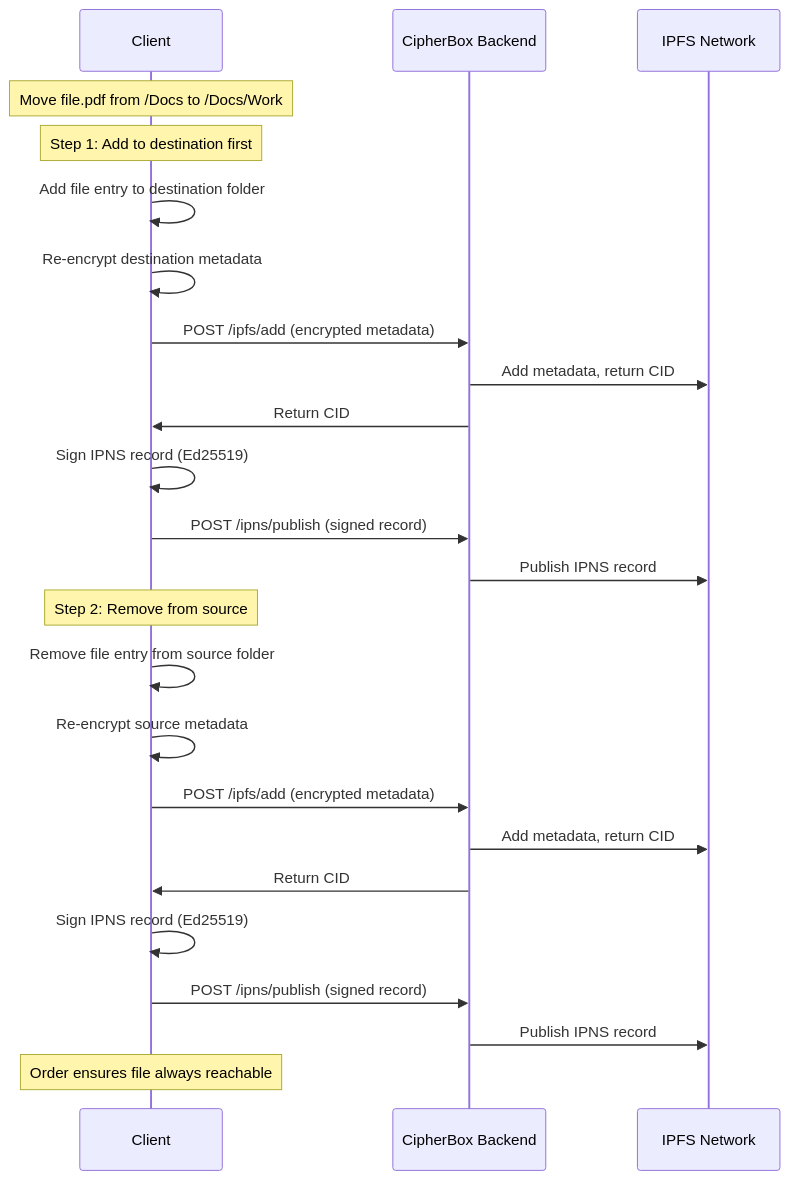
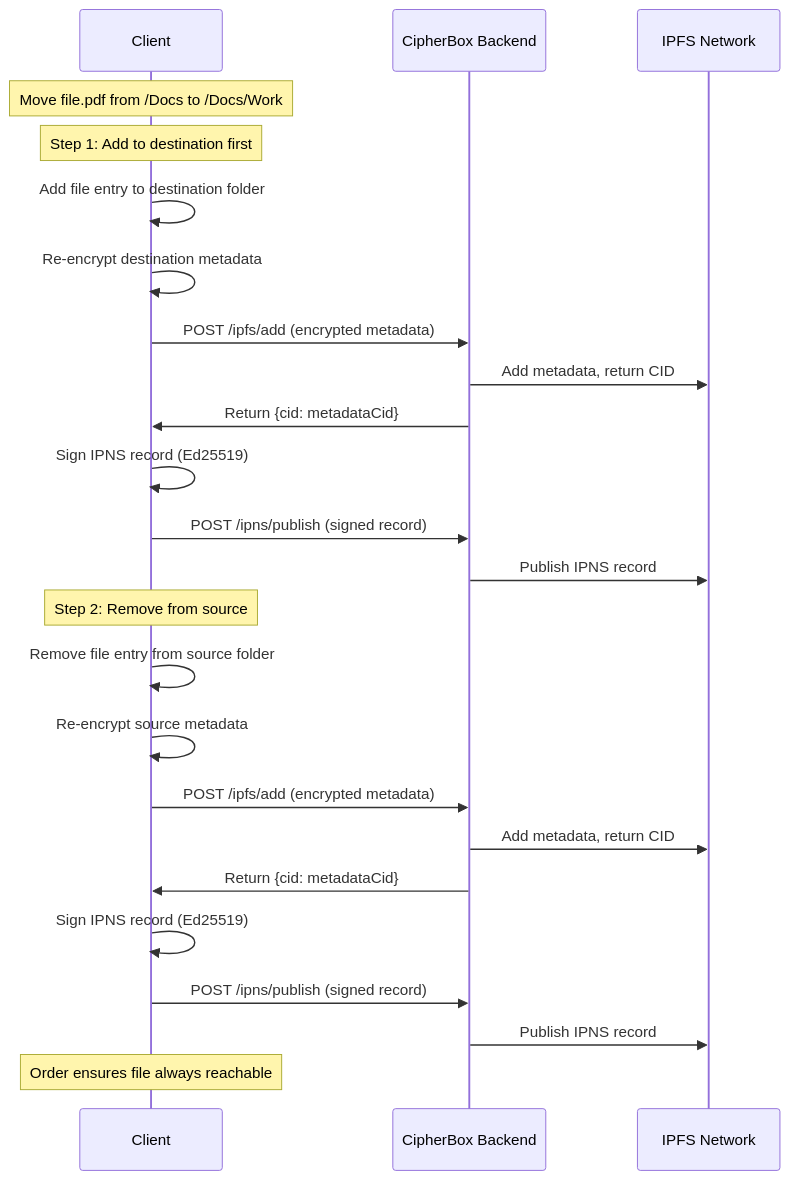
Before and after one commit to FSM1/cipher-box: diagram 11 of 14 in Documentation/DATA_FLOWS.md, drawn with Mermaid. The commit also changed other lines of this file, not shown here.

First line of the commit message:
Add missing Backend→Client CID return flows in IPFS metadata upload sequences (#12)

````diff
--- a/Documentation/DATA_FLOWS.md
+++ b/Documentation/DATA_FLOWS.md
@@ -434,30 +434,30 @@
 ```mermaid
 sequenceDiagram
     participant C as Client
   participant B as CipherBox Backend
   participant IPFS as IPFS Network
     
     Note over C: Move file.pdf from /Docs to /Docs/Work
     
     Note over C: Step 1: Add to destination first
     C->>C: Add file entry to destination folder
     C->>C: Re-encrypt destination metadata
     C->>B: POST /ipfs/add (encrypted metadata)
     B->>IPFS: Add metadata, return CID
-    B->>C: Return CID
+    B->>C: Return {cid: metadataCid}
     C->>C: Sign IPNS record (Ed25519)
     C->>B: POST /ipns/publish (signed record)
     B->>IPFS: Publish IPNS record
     
     Note over C: Step 2: Remove from source
     C->>C: Remove file entry from source folder
     C->>C: Re-encrypt source metadata
     C->>B: POST /ipfs/add (encrypted metadata)
     B->>IPFS: Add metadata, return CID
-    B->>C: Return CID
+    B->>C: Return {cid: metadataCid}
     C->>C: Sign IPNS record (Ed25519)
     C->>B: POST /ipns/publish (signed record)
     B->>IPFS: Publish IPNS record
     
     Note over C: Order ensures file always reachable
 ```
````
